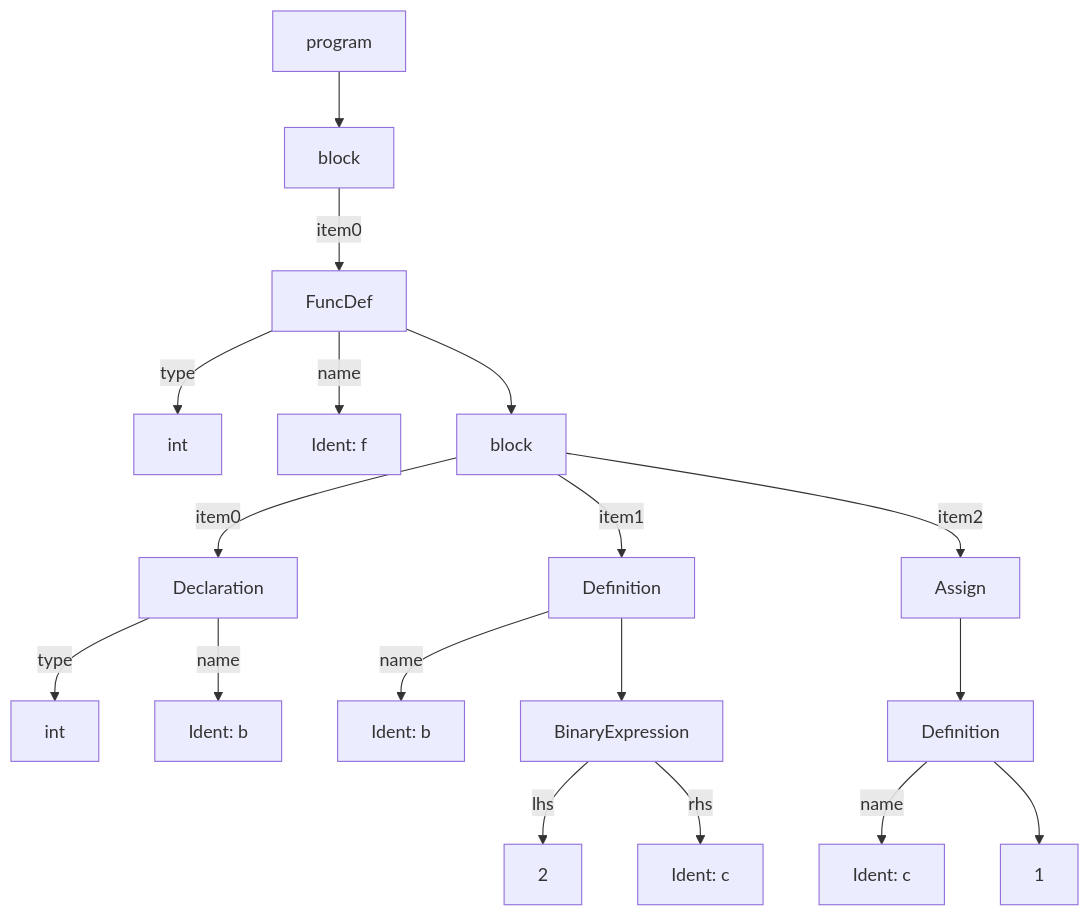
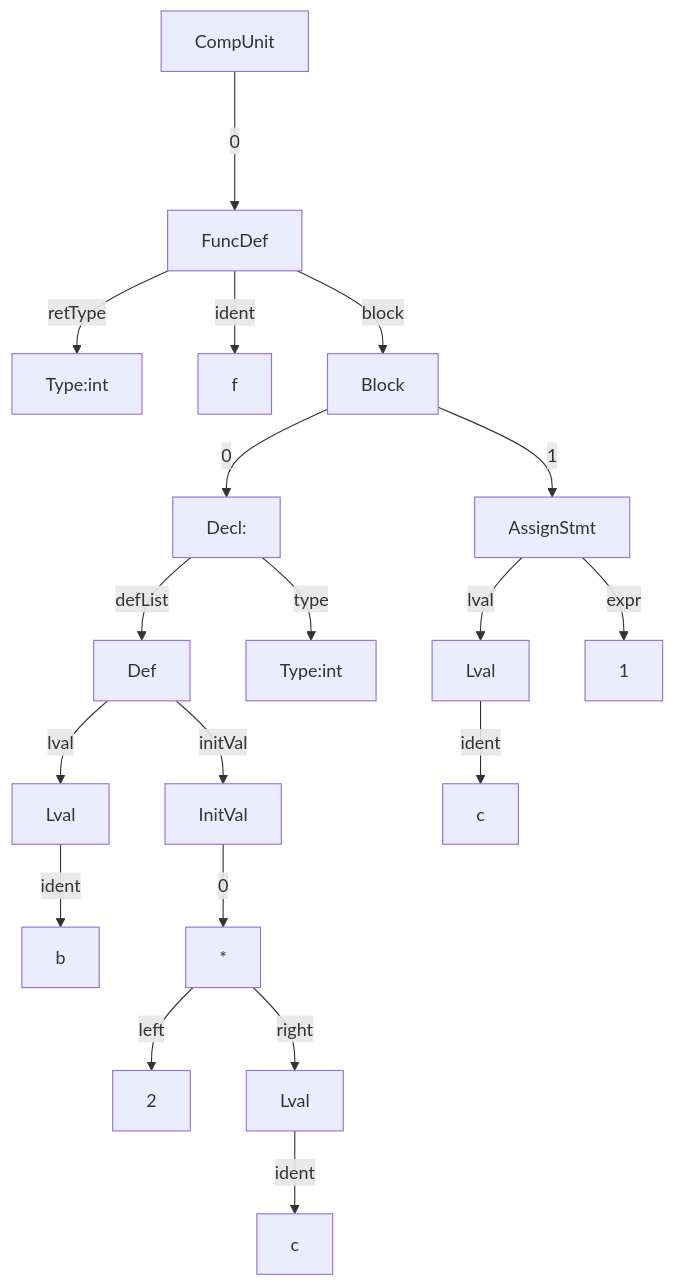
The diagram in tests/6/out.md (nyml2003/sysY), drawn with Mermaid before and after one commit. The commit also changed other lines of this file and 55 other files, not shown here.

````diff
--- a/tests/6/out.md
+++ b/tests/6/out.md
@@ -3,36 +1,39 @@
 ```mermaid
 graph TD
-15[program]
-15-->16
-16[block]
-16--item0-->14
-14[FuncDef]
-14--type-->30[int]
-14--name-->1
-1[Ident: f]
-14-->13
-13[block]
-13--item0-->8
-8[Declaration]
-8--type-->24[int]
-8--name-->7
-7[Ident: b]
-13--item1-->6
-6[Definition]
-6--name-->2
-2[Ident: b]
-6-->5
-5[BinaryExpression]
-5--lhs-->3
-5--rhs-->4
-3[2]
-4[Ident: c]
-13--item2-->11
-11[Assign]
-11-->12
-12[Definition]
-12--name-->9
-9[Ident: c]
-12-->10
-10[1]
+19[CompUnit]--0--->18
+18[FuncDef]
+18--retType-->0
+0[Type:int]
+18--ident-->1
+1[f]
+18--block-->17
+17[Block]
+17--0-->11
+11[Decl:]
+11--type-->12
+12[Type:int]
+11--defList-->10
+10[Def]
+10--lval-->4
+4[Lval]
+4--ident-->3
+3[b]
+10--initVal-->9
+9[InitVal]
+9--0-->8
+8["*"]
+8--left-->5
+5[2]
+8--right-->7
+7[Lval]
+7--ident-->6
+6[c]
+17--1-->16
+16[AssignStmt]
+16--lval-->14
+14[Lval]
+14--ident-->13
+13[c]
+16--expr-->15
+15[1]
 ```
````
